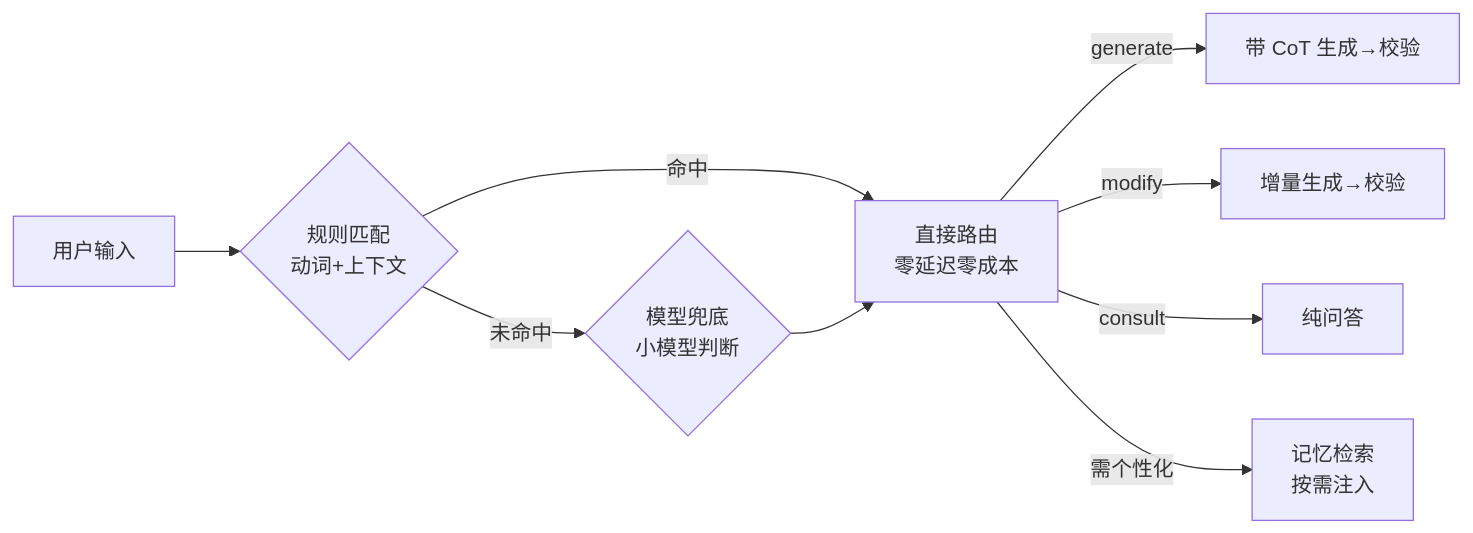
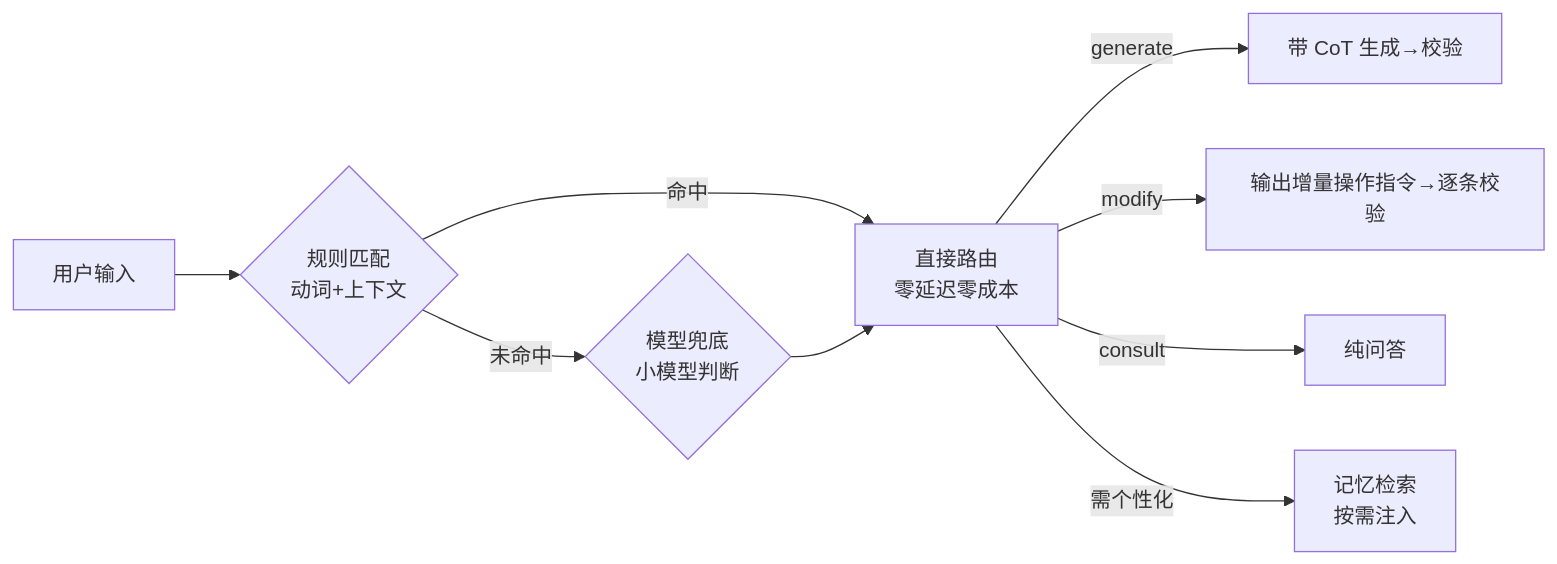
The diagram in docs/ai-tech/intent.md (linghuchong-asen/project), drawn with Mermaid before and after one commit. The commit also changed other lines of this file and 23 other files, not shown here.

````diff
--- a/docs/ai-tech/intent.md
+++ b/docs/ai-tech/intent.md
@@ -75,11 +75,11 @@
 ```mermaid
 flowchart LR
   IN["用户输入"] --> RULE{"规则匹配\n动词+上下文"}
   RULE -->|命中| ROUTE["直接路由\n零延迟零成本"]
   RULE -->|未命中| MODEL{"模型兜底\n小模型判断"}
   MODEL --> ROUTE
   ROUTE -->|generate| G["带 CoT 生成→校验"]
-  ROUTE -->|modify| M["增量生成→校验"]
+  ROUTE -->|modify| M["输出增量操作指令→逐条校验"]
   ROUTE -->|consult| C["纯问答"]
   ROUTE -->|需个性化| MEM["记忆检索\n按需注入"]
 ```
````
